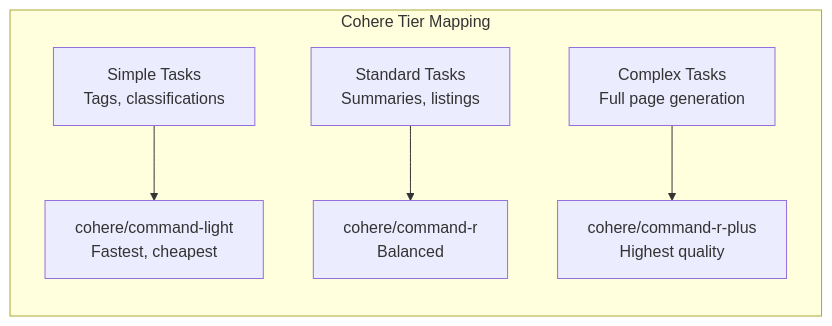
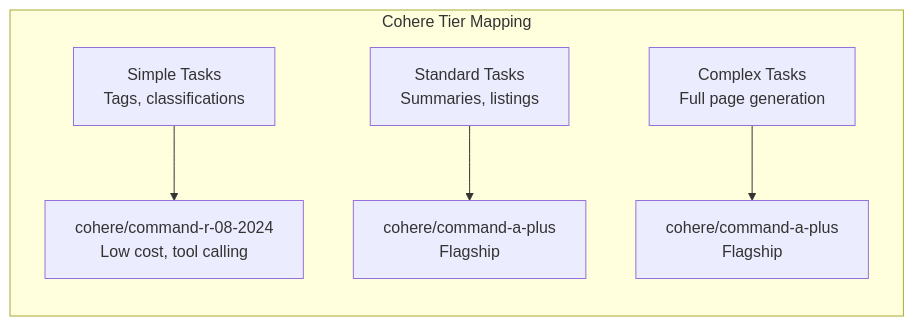
Before and after one commit to ever-works/ever-works: the second of 2 diagrams in docs/plugin-system/cohere-plugin.md, drawn with Mermaid. The commit also changed other lines of this file and 5 other files, not shown here.

````diff
--- a/docs/plugin-system/cohere-plugin.md
+++ b/docs/plugin-system/cohere-plugin.md
@@ -95,8 +104,8 @@
 ```mermaid
 graph LR
     subgraph "Cohere Tier Mapping"
-        S["Simple Tasks<br/>Tags, classifications"] --> SM["cohere/command-light<br/>Fastest, cheapest"]
-        M["Standard Tasks<br/>Summaries, listings"] --> MM["cohere/command-r<br/>Balanced"]
-        C["Complex Tasks<br/>Full page generation"] --> CM["cohere/command-r-plus<br/>Highest quality"]
+        S["Simple Tasks<br/>Tags, classifications"] --> SM["cohere/command-r-08-2024<br/>Low cost, tool calling"]
+        M["Standard Tasks<br/>Summaries, listings"] --> MM["cohere/command-a-plus<br/>Flagship"]
+        C["Complex Tasks<br/>Full page generation"] --> CM["cohere/command-a-plus<br/>Flagship"]
     end
 ```
````
